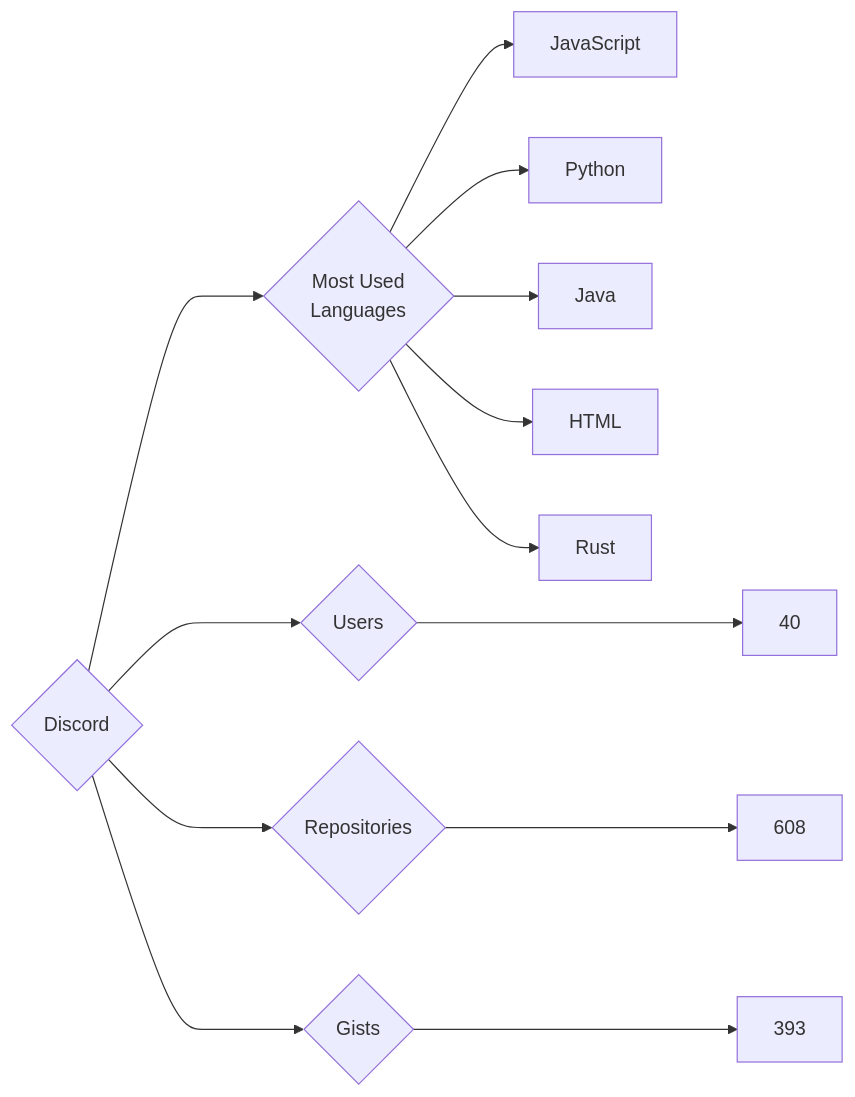
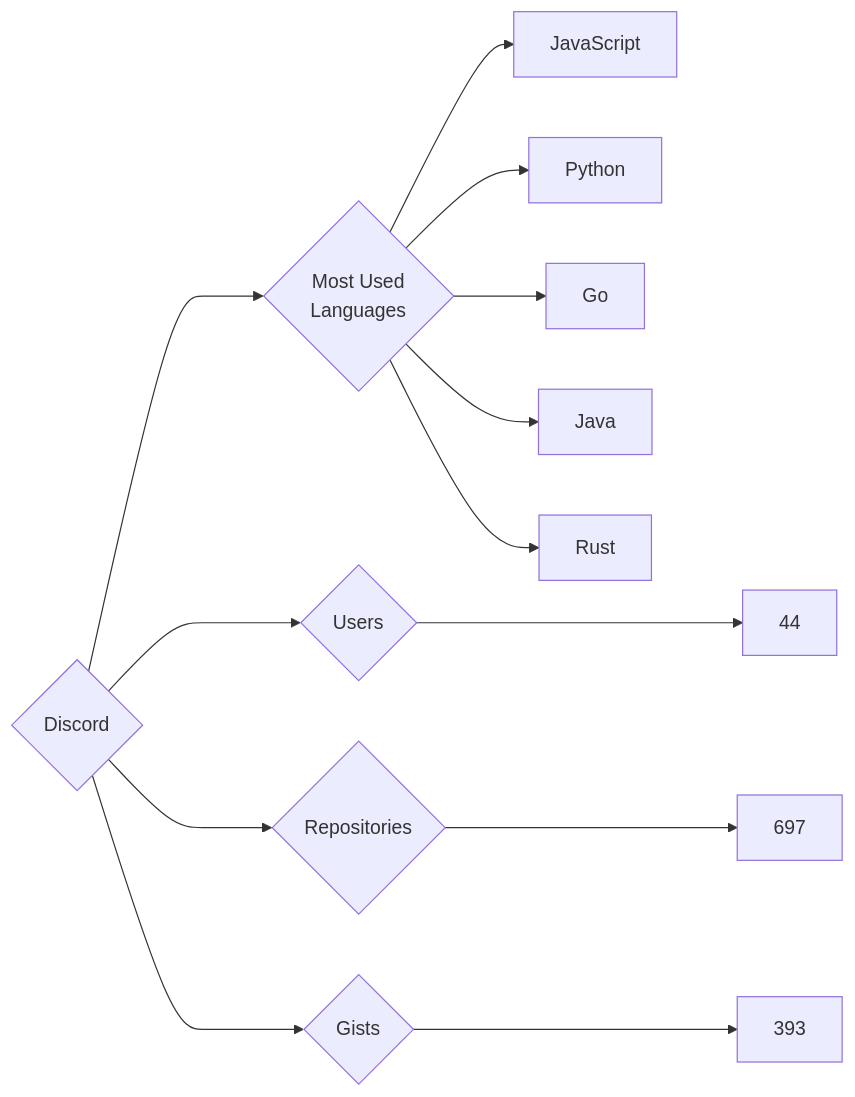
One commit to trickest/insiders changed the diagram in targets/Discord/README.md. Above: the diagram before and after it, drawn with Mermaid. The commit also changed 874 other files, not shown here.

````diff
--- a/targets/Discord/README.md
+++ b/targets/Discord/README.md
@@ -3,13 +3,13 @@
 ```mermaid
 graph LR
 COMPANY_NAME{Discord}
-COMPANY_NAME ---> U{Users} ---> UN[40]
-COMPANY_NAME ---> R{Repositories} ---> RN[608]
+COMPANY_NAME ---> U{Users} ---> UN[44]
+COMPANY_NAME ---> R{Repositories} ---> RN[697]
 COMPANY_NAME ---> G{Gists} ---> GN[393]
 COMPANY_NAME ---> ML{Most Used<br>Languages}
 ML --> JavaScript[JavaScript]
 ML --> Python[Python]
+ML --> Go[Go]
 ML --> Java[Java]
-ML --> HTML[HTML]
 ML --> Rust[Rust]
 ```
````
